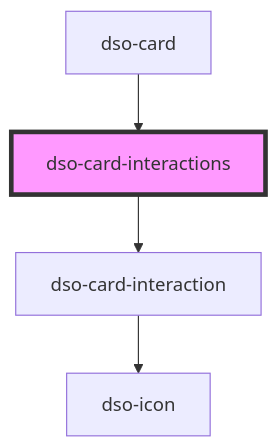
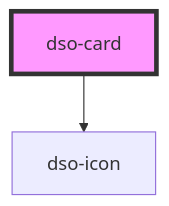
One commit to dso-toolkit/dso-toolkit changed the diagram in packages/core/src/components/card/readme.md. Above: the diagram before and after it, drawn with Mermaid. The commit also changed other lines of this file and 4 other files, not shown here.

````diff
--- a/packages/core/src/components/card/readme.md
+++ b/packages/core/src/components/card/readme.md
@@ -27,7 +23,5 @@
 ```mermaid
 graph TD;
-  dso-card-interactions --> dso-card-interaction
-  dso-card-interaction --> dso-icon
-  dso-card --> dso-card-interactions
-  style dso-card-interactions fill:#f9f,stroke:#333,stroke-width:4px
+  dso-card --> dso-icon
+  style dso-card fill:#f9f,stroke:#333,stroke-width:4px
 ```
````
